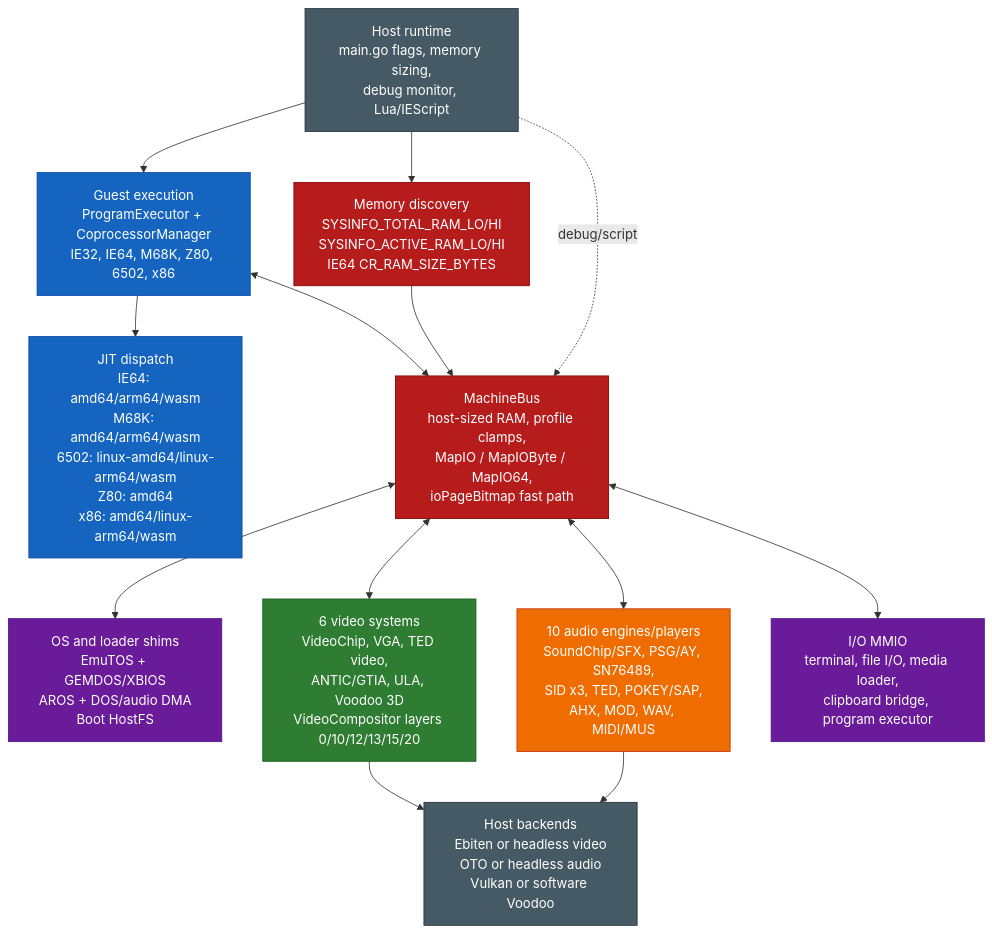
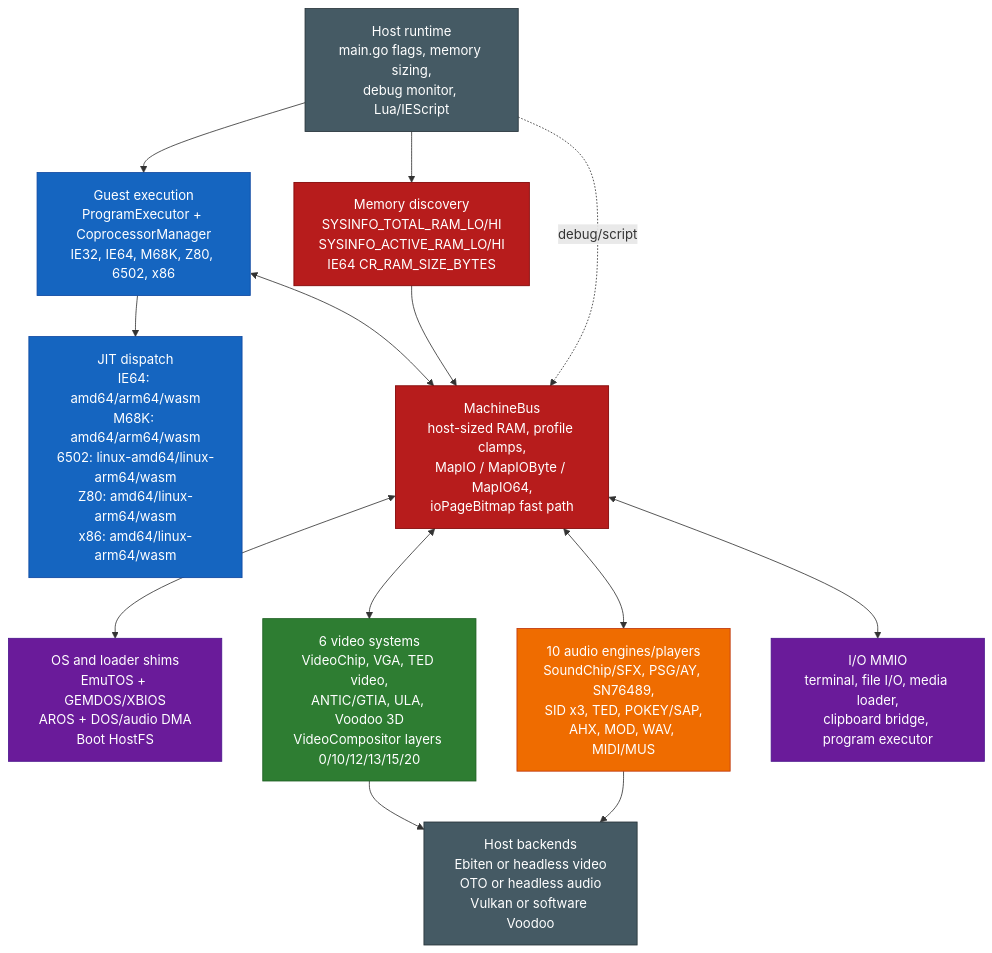
The second of 12 diagrams in sdk/docs/architecture.md (IntuitionAmiga/IntuitionEngine), drawn with Mermaid before and after one commit. The commit also changed other lines of this file and 70 other files, not shown here.

````diff
--- a/sdk/docs/architecture.md
+++ b/sdk/docs/architecture.md
@@ -288,40 +288,40 @@
 ```mermaid
 flowchart TB
     HOST["Host runtime<br/>main.go flags, memory sizing,<br/>debug monitor, Lua/IEScript"]
     EXEC["Guest execution<br/>ProgramExecutor + CoprocessorManager<br/>IE32, IE64, M68K, Z80, 6502, x86"]
-    JIT["JIT dispatch<br/>IE64: amd64/arm64/wasm<br/>M68K: amd64/arm64/wasm<br/>6502: linux-amd64/linux-arm64/wasm<br/>Z80: amd64<br/>x86: amd64/linux-arm64/wasm"]
+    JIT["JIT dispatch<br/>IE64: amd64/arm64/wasm<br/>M68K: amd64/arm64/wasm<br/>6502: linux-amd64/linux-arm64/wasm<br/>Z80: amd64/linux-arm64/wasm<br/>x86: amd64/linux-arm64/wasm"]
     BUS["MachineBus<br/>host-sized RAM, profile clamps,<br/>MapIO / MapIOByte / MapIO64,<br/>ioPageBitmap fast path"]
     MEM["Memory discovery<br/>SYSINFO_TOTAL_RAM_LO/HI<br/>SYSINFO_ACTIVE_RAM_LO/HI<br/>IE64 CR_RAM_SIZE_BYTES"]
     OS["OS and loader shims<br/>EmuTOS + GEMDOS/XBIOS<br/>AROS + DOS/audio DMA<br/>Boot HostFS"]
     VIDEO["6 video systems<br/>VideoChip, VGA, TED video,<br/>ANTIC/GTIA, ULA, Voodoo 3D<br/>VideoCompositor layers 0/10/12/13/15/20"]
     AUDIO["10 audio engines/players<br/>SoundChip/SFX, PSG/AY, SN76489,<br/>SID x3, TED, POKEY/SAP,<br/>AHX, MOD, WAV, MIDI/MUS"]
     IO["I/O MMIO<br/>terminal, file I/O, media loader,<br/>clipboard bridge, program executor"]
     BACKEND["Host backends<br/>Ebiten or headless video<br/>OTO or headless audio<br/>Vulkan or software Voodoo"]
 
     HOST --> EXEC
     HOST --> MEM
     EXEC --> JIT
     EXEC <--> BUS
     MEM --> BUS
     BUS <--> OS
     BUS <--> VIDEO
     BUS <--> AUDIO
     BUS <--> IO
     VIDEO --> BACKEND
     AUDIO --> BACKEND
     HOST -. debug/script .-> BUS
 
     classDef host fill:#455A64,stroke:#263238,color:#fff
     classDef cpu fill:#1565C0,stroke:#0D47A1,color:#fff
     classDef bus fill:#B71C1C,stroke:#7F0000,color:#fff
     classDef os fill:#6A1B9A,stroke:#4A148C,color:#fff
     classDef video fill:#2E7D32,stroke:#1B5E20,color:#fff
     classDef audio fill:#EF6C00,stroke:#BF360C,color:#fff
 
     class HOST,BACKEND host
     class EXEC,JIT cpu
     class BUS,MEM bus
     class OS,IO os
     class VIDEO video
     class AUDIO audio
 ```
````
